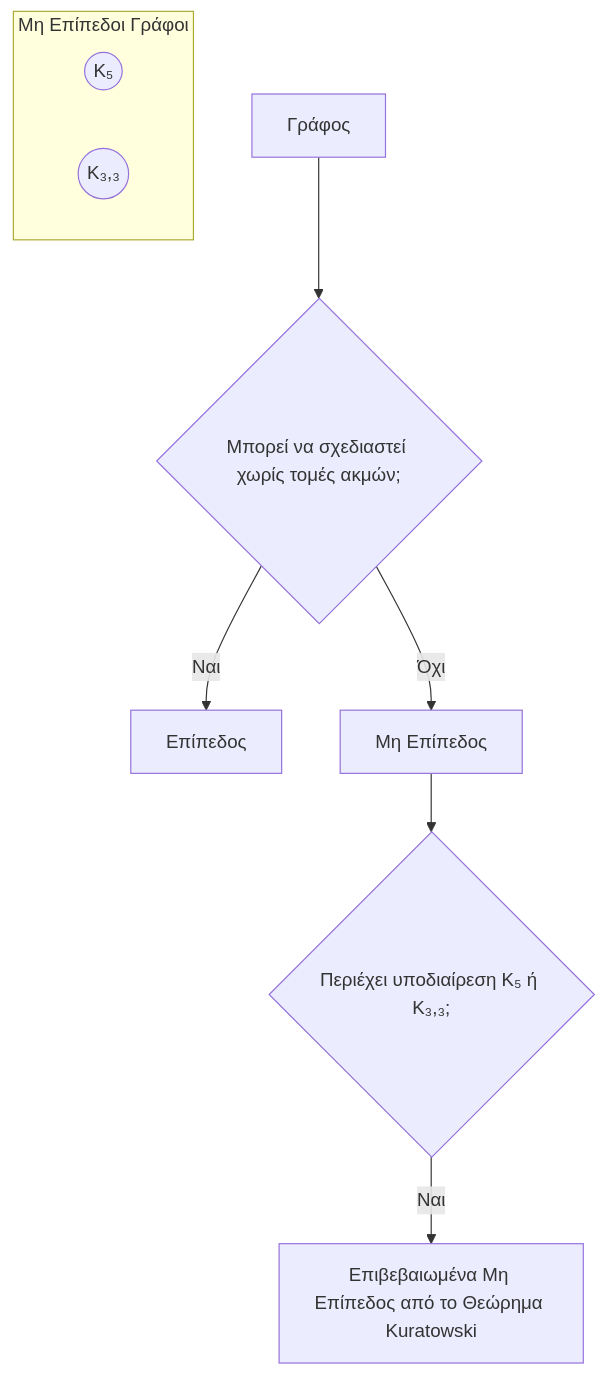
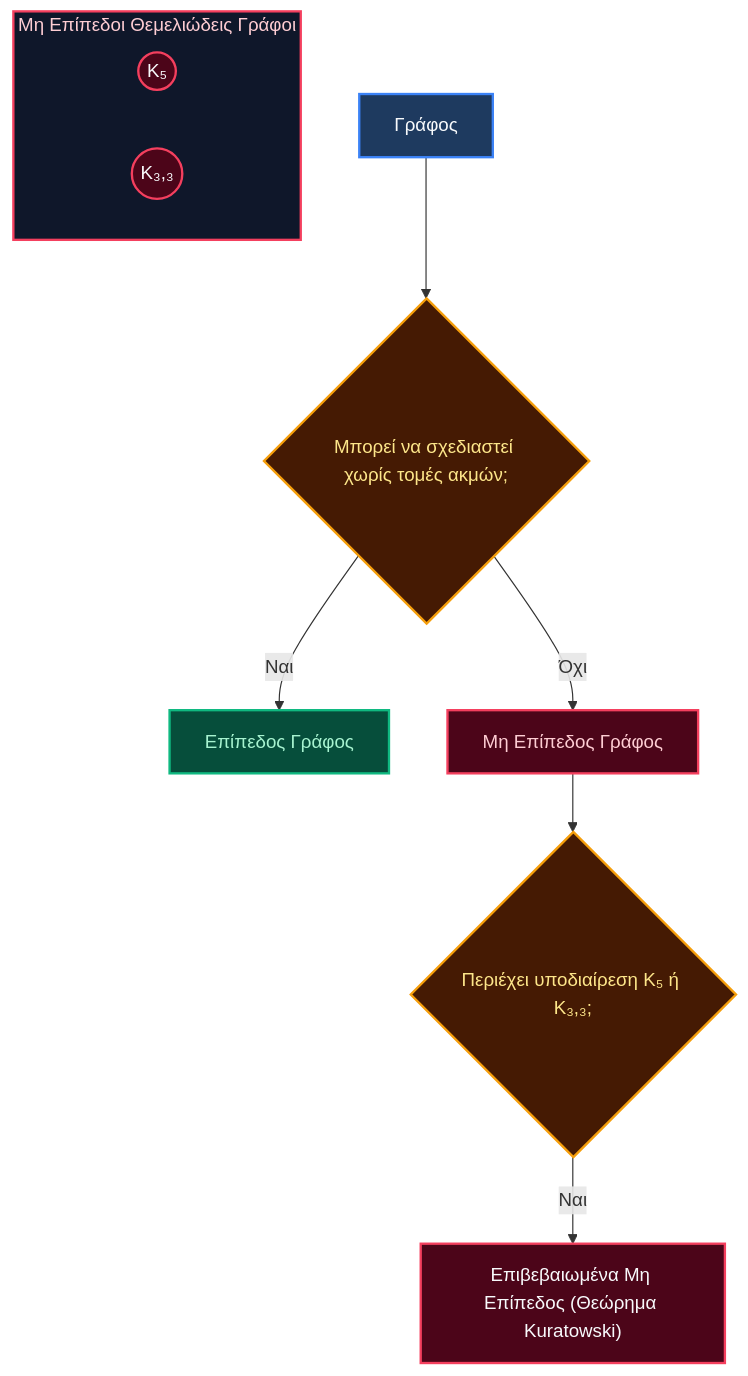
The sixth of 7 diagrams in Year_1/Semester_2/DISCRETE_MATHEMATICS/Resources/Notes/06_graph_theory.md (PanagopoulosNikolaos/DitOpenNotes), drawn with Mermaid before and after one commit. The commit also changed other lines of this file and 6 other files, not shown here.

````diff
--- a/Year_1/Semester_2/DISCRETE_MATHEMATICS/Resources/Notes/06_graph_theory.md
+++ b/Year_1/Semester_2/DISCRETE_MATHEMATICS/Resources/Notes/06_graph_theory.md
@@ -136,12 +177,22 @@
 ```mermaid
 graph TD
-    subgraph Μη Επίπεδοι Γράφοι
-        K5((K₅))
-        K33((K₃,₃))
+    subgraph NonPlanarSub ["Μη Επίπεδοι Θεμελιώδεις Γράφοι"]
+        K5(("K₅"))
+        K33(("K₃,₃"))
     end
-    A[Γράφος] --> B{Μπορεί να σχεδιαστεί χωρίς τομές ακμών;}
-    B -->|Ναι| C[Επίπεδος]
-    B -->|Όχι| D[Μη Επίπεδος]
-    D --> E{Περιέχει υποδιαίρεση K₅ ή K₃,₃;}
-    E -->|Ναι| F[Επιβεβαιωμένα Μη Επίπεδος από το Θεώρημα Kuratowski]
+    A["Γράφος"] --> B{"Μπορεί να σχεδιαστεί χωρίς τομές ακμών;"}
+    B -->|Ναι| C["Επίπεδος Γράφος"]
+    B -->|Όχι| D["Μη Επίπεδος Γράφος"]
+    D --> E{"Περιέχει υποδιαίρεση K₅ ή K₃,₃;"}
+    E -->|Ναι| F["Επιβεβαιωμένα Μη Επίπεδος (Θεώρημα Kuratowski)"]
+
+    style NonPlanarSub fill:#0f172a,stroke:#f43f5e,stroke-width:2px,color:#fecdd3
+    style K5 fill:#4c0519,stroke:#f43f5e,stroke-width:2px,color:#f8fafc
+    style K33 fill:#4c0519,stroke:#f43f5e,stroke-width:2px,color:#f8fafc
+    style A fill:#1e3a5f,stroke:#3b82f6,stroke-width:2px,color:#f8fafc
+    style B fill:#451a03,stroke:#f59e0b,stroke-width:2px,color:#fde68a
+    style C fill:#064e3b,stroke:#10b981,stroke-width:2px,color:#a7f3d0
+    style D fill:#4c0519,stroke:#f43f5e,stroke-width:2px,color:#fecdd3
+    style E fill:#451a03,stroke:#f59e0b,stroke-width:2px,color:#fde68a
+    style F fill:#4c0519,stroke:#f43f5e,stroke-width:2px,color:#f8fafc
 ```
````
